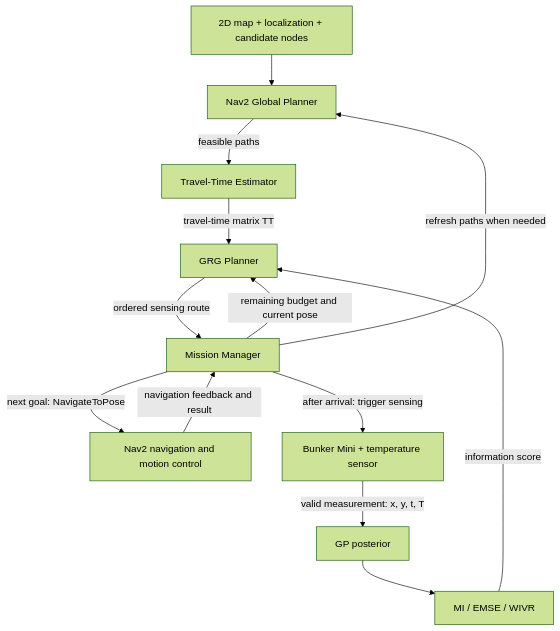
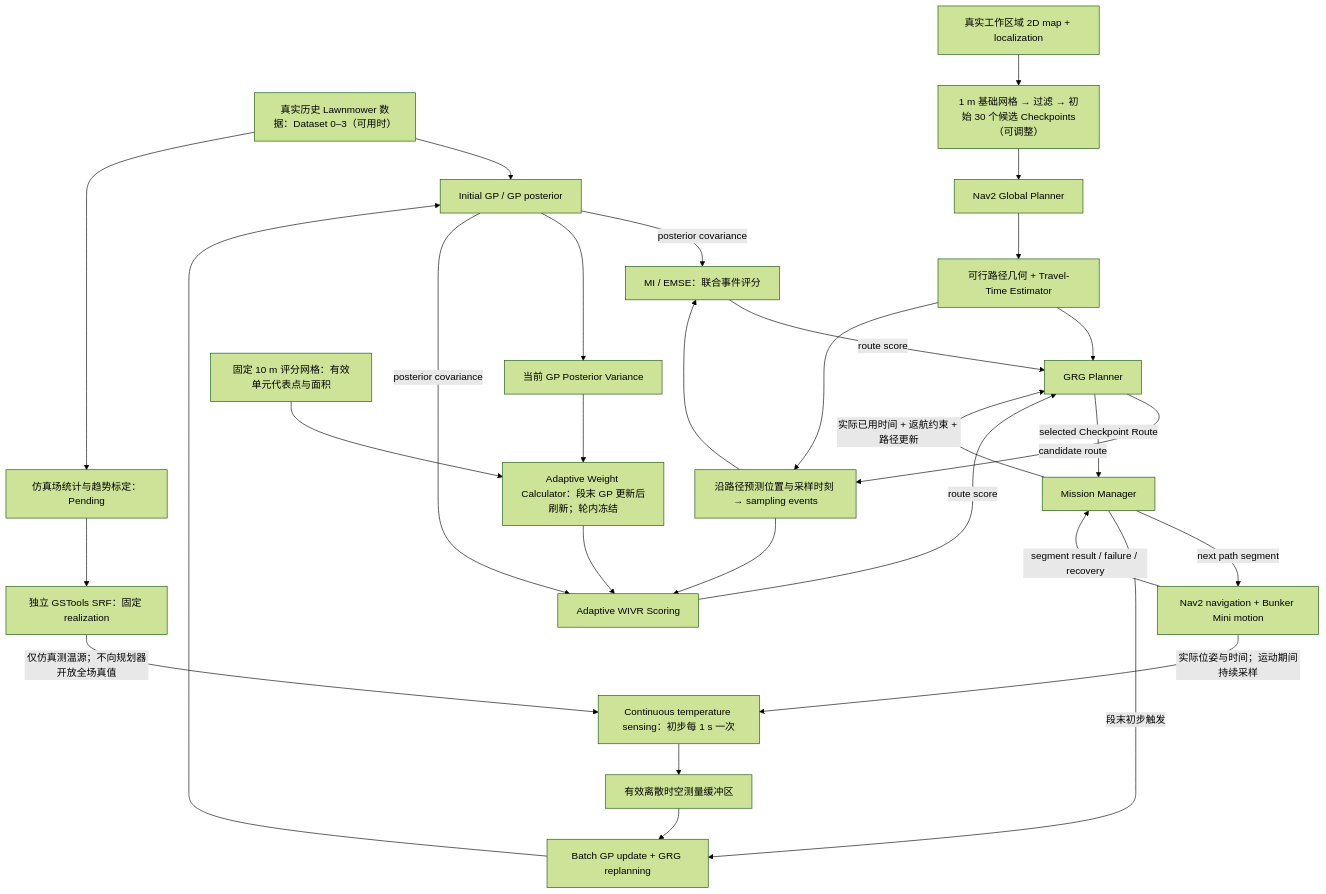
One commit to Albert-Ludwig/4RP3_ARCO_Lab_Research changed the diagram in Notes/WELL-E项目核心逻辑.md. Above: the diagram before and after it, drawn with Mermaid (forest theme). The commit also changed other lines of this file and 3469 other files, not shown here.

````diff
--- a/Notes/WELL-E项目核心逻辑.md
+++ b/Notes/WELL-E项目核心逻辑.md
@@ -7,15 +9,32 @@
 ```mermaid
 flowchart TD
-    MapPose["2D map + localization + candidate nodes"] --> Global["Nav2 Global Planner"]
-    Global -->|feasible paths| Estimator["Travel-Time Estimator"]
-    Estimator -->|travel-time matrix TT| GRG["GRG Planner"]
-    GP["GP posterior"] --> Objective["MI / EMSE / WIVR"]
-    Objective -->|information score| GRG
-    GRG -->|ordered sensing route| Manager["Mission Manager"]
-    Manager -->|next goal: NavigateToPose| Nav["Nav2 navigation and motion control"]
-    Nav -->|navigation feedback and result| Manager
-    Manager -->|after arrival: trigger sensing| Sensor["Bunker Mini + temperature sensor"]
-    Sensor -->|valid measurement: x, y, t, T| GP
-    Manager -->|remaining budget and current pose| GRG
-    Manager -->|refresh paths when needed| Global
+    History["真实历史 Lawnmower 数据：Dataset 0–3（可用时）"] --> GP["Initial GP / GP posterior"]
+    History --> Calibration["仿真场统计与趋势标定：Pending"]
+    Calibration --> SRF["独立 GSTools SRF：固定 realization"]
+    MapPose["真实工作区域 2D map + localization"] --> Checkpoints["1 m 基础网格 → 过滤 → 初始 30 个候选 Checkpoints（可调整）"]
+    Checkpoints --> Global["Nav2 Global Planner"]
+    Global --> Paths["可行路径几何 + Travel-Time Estimator"]
+    Paths --> GRG["GRG Planner"]
+    GRG -->|candidate route| Events["沿路径预测位置与采样时刻 → sampling events"]
+    Paths --> Events
+    GP -->|posterior covariance| Objective["MI / EMSE：联合事件评分"]
+    GP --> Variance["当前 GP Posterior Variance"]
+    WeightGrid["固定 10 m 评分网格：有效单元代表点与面积"] --> WeightCalc["Adaptive Weight Calculator：段末 GP 更新后刷新；轮内冻结"]
+    Variance --> WeightCalc
+    WeightCalc --> WIVR["Adaptive WIVR Scoring"]
+    GP -->|posterior covariance| WIVR
+    Events --> WIVR
+    WIVR -->|route score| GRG
+    Events --> Objective
+    Objective -->|route score| GRG
+    GRG -->|selected Checkpoint Route| Manager["Mission Manager"]
+    Manager -->|next path segment| Nav["Nav2 navigation + Bunker Mini motion"]
+    Nav -->|实际位姿与时间；运动期间持续采样| Sensor["Continuous temperature sensing：初步每 1 s 一次"]
+    SRF -->|仅仿真测温源；不向规划器开放全场真值| Sensor
+    Sensor --> Buffer["有效离散时空测量缓冲区"]
+    Nav -->|segment result / failure / recovery| Manager
+    Manager -->|段末初步触发| Batch["Batch GP update + GRG replanning"]
+    Buffer --> Batch
+    Batch --> GP
+    Manager -->|实际已用时间 + 返航约束 + 路径更新| GRG
 ```
````
